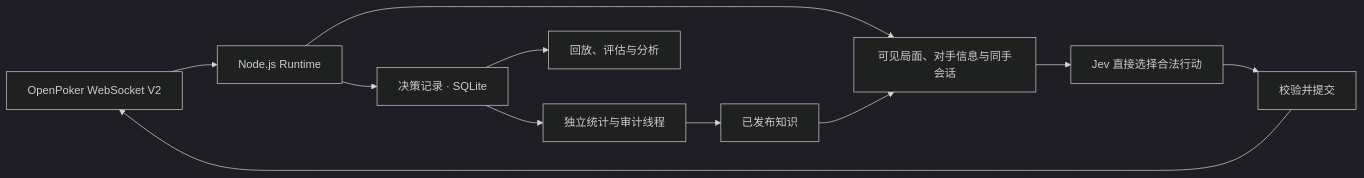
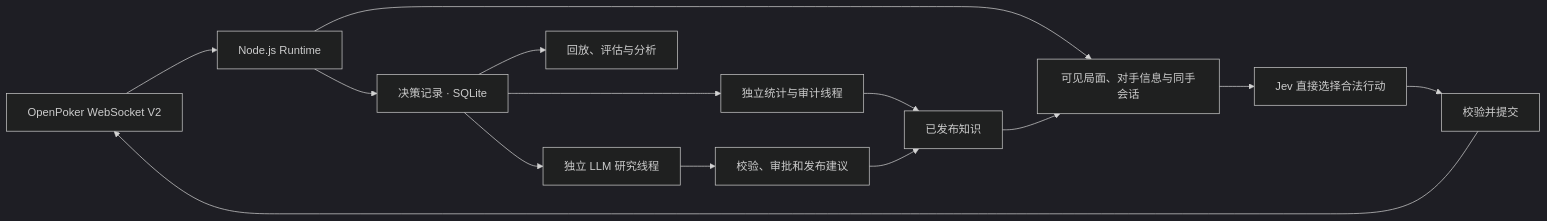
Before and after one commit to hewenyu/jev-card-agent: the diagram in README.zh-CN.md, drawn with Mermaid (dark theme). The commit also changed other lines of this file and 78 other files, not shown here.

````diff
--- a/README.zh-CN.md
+++ b/README.zh-CN.md
@@ -33,13 +33,16 @@
 ```mermaid
 flowchart LR
   O[OpenPoker WebSocket V2] --> R[Node.js Runtime]
   R --> C[可见局面、对手信息与同手会话]
   C --> J[Jev 直接选择合法行动]
   J --> V[校验并提交]
   V --> O
   R --> T[决策记录 · SQLite]
   T --> E[回放、评估与分析]
   T --> S[独立统计与审计线程]
   S --> K[已发布知识]
+  T --> L[独立 LLM 研究线程]
+  L --> P[校验、审批和发布建议]
+  P --> K
   K --> C
 ```
````
